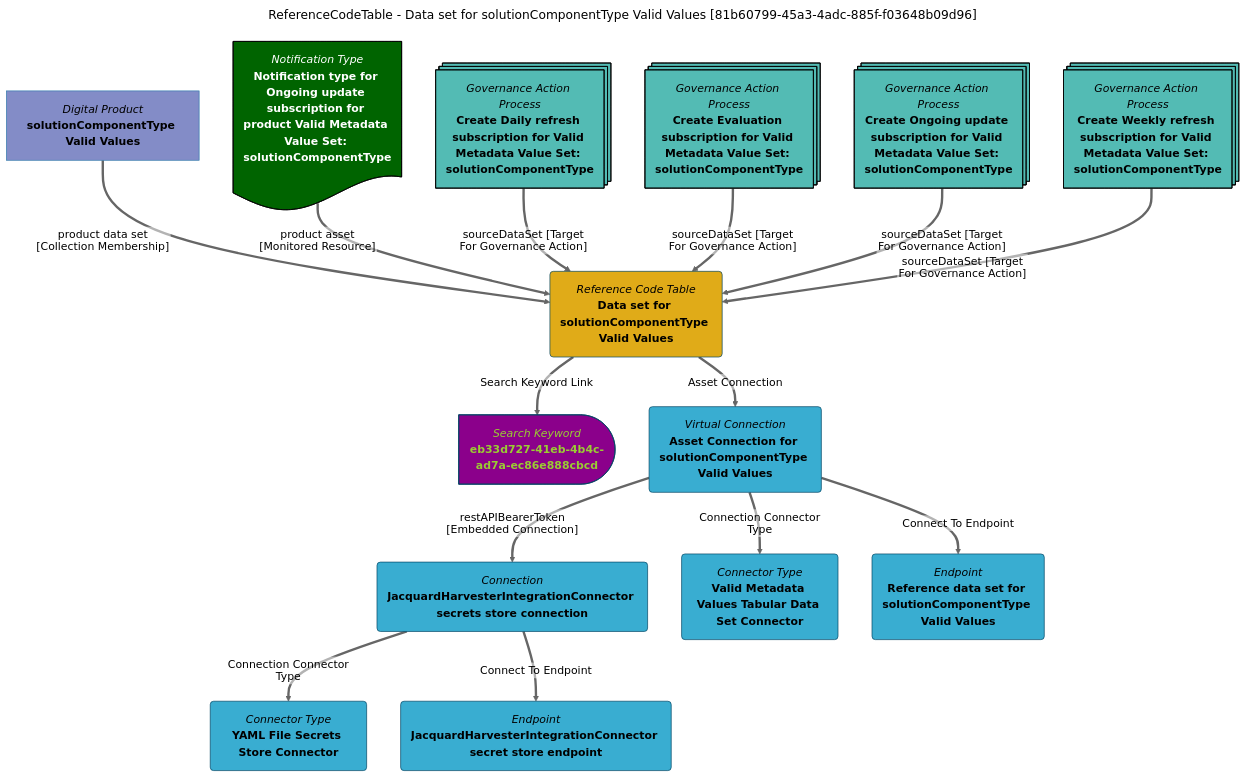
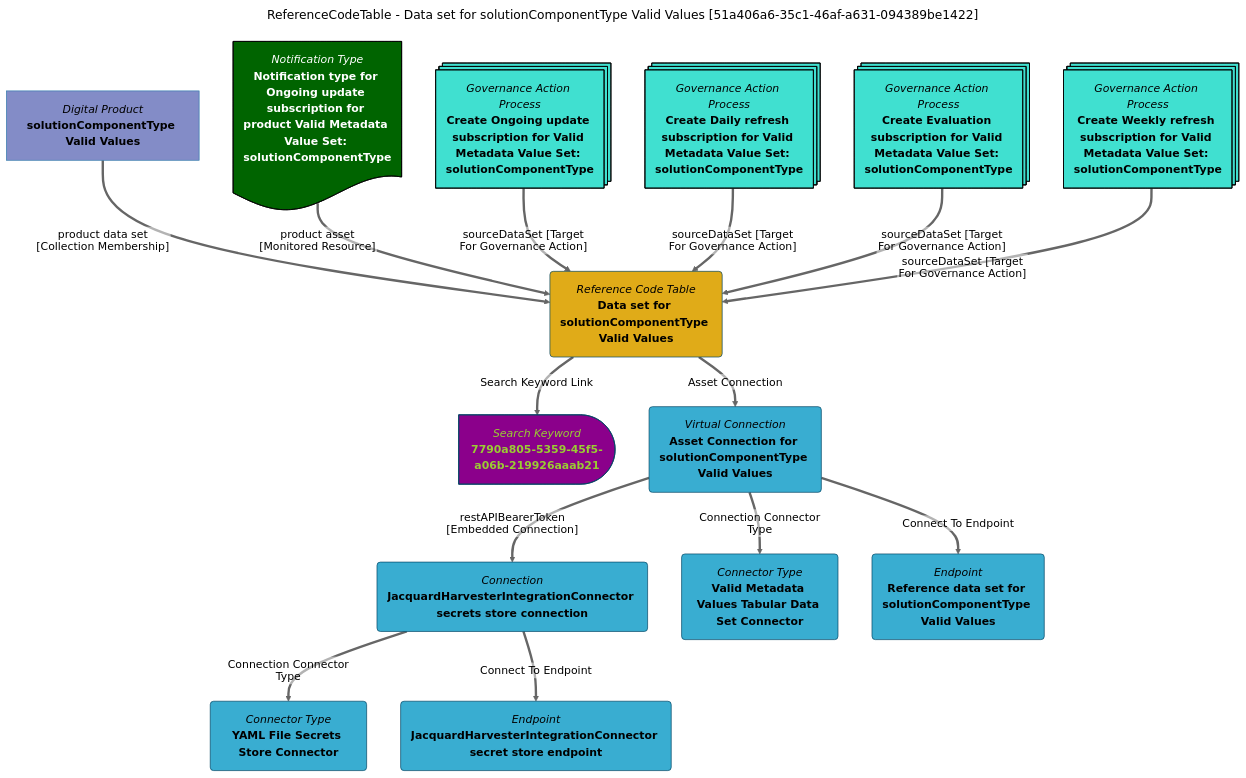
Before and after one commit to odpi/egeria-docs: the diagram in site/snippets/data-assets/data-set-for-solutioncomponenttype-valid-values-mermaid-graph.md, drawn with Mermaid (neutral theme). The commit also changed 2201 other files, not shown here.

````diff
--- a/site/snippets/data-assets/data-set-for-solutioncomponenttype-valid-values-mermaid-graph.md
+++ b/site/snippets/data-assets/data-set-for-solutioncomponenttype-valid-values-mermaid-graph.md
@@ -1,63 +1,63 @@
 ```mermaid
 ---
-title: ReferenceCodeTable - Data set for solutionComponentType Valid Values [81b60799-45a3-4adc-885f-f03648b09d96]
+title: ReferenceCodeTable - Data set for solutionComponentType Valid Values [51a406a6-35c1-46af-a631-094389be1422]
 ---
 flowchart TD
 %%{init: {"flowchart": {"htmlLabels": false}} }%%
 
 1@{ shape: rounded, label: "*Reference Code Table*
 **Data set for solutionComponentType Valid Values**"}
 2@{ shape: delay, label: "*Search Keyword*
-**eb33d727-41eb-4b4c-ad7a-ec86e888cbcd**"}
+**7790a805-5359-45f5-a06b-219926aaab21**"}
 1==>|"Search Keyword Link"|2
 3@{ shape: rect, label: "*Digital Product*
 **solutionComponentType Valid Values**"}
 3==>|"product data set [Collection Membership]"|1
 4@{ shape: rounded, label: "*Virtual Connection*
 **Asset Connection for solutionComponentType Valid Values**"}
 1==>|"Asset Connection"|4
 5@{ shape: rounded, label: "*Connection*
 **JacquardHarvesterIntegrationConnector secrets store connection**"}
 4==>|"restAPIBearerToken [Embedded Connection]"|5
 6@{ shape: rounded, label: "*Connector Type*
 **YAML File Secrets Store Connector**"}
 5==>|"Connection Connector Type"|6
 7@{ shape: rounded, label: "*Endpoint*
 **JacquardHarvesterIntegrationConnector secret store endpoint**"}
 5==>|"Connect To Endpoint"|7
 8@{ shape: rounded, label: "*Connector Type*
 **Valid Metadata Values Tabular Data Set Connector**"}
 4==>|"Connection Connector Type"|8
 9@{ shape: rounded, label: "*Endpoint*
 **Reference data set for solutionComponentType Valid Values**"}
 4==>|"Connect To Endpoint"|9
 10@{ shape: doc, label: "*Notification Type*
 **Notification type for Ongoing update subscription for product Valid Metadata Value Set: solutionComponentType**"}
 10==>|"product asset [Monitored Resource]"|1
 11@{ shape: processes, label: "*Governance Action Process*
-**Create Daily refresh subscription for Valid Metadata Value Set: solutionComponentType**"}
+**Create Ongoing update subscription for Valid Metadata Value Set: solutionComponentType**"}
 11==>|"sourceDataSet [Target For Governance Action]"|1
 12@{ shape: processes, label: "*Governance Action Process*
-**Create Evaluation subscription for Valid Metadata Value Set: solutionComponentType**"}
+**Create Daily refresh subscription for Valid Metadata Value Set: solutionComponentType**"}
 12==>|"sourceDataSet [Target For Governance Action]"|1
 13@{ shape: processes, label: "*Governance Action Process*
-**Create Ongoing update subscription for Valid Metadata Value Set: solutionComponentType**"}
+**Create Evaluation subscription for Valid Metadata Value Set: solutionComponentType**"}
 13==>|"sourceDataSet [Target For Governance Action]"|1
 14@{ shape: processes, label: "*Governance Action Process*
 **Create Weekly refresh subscription for Valid Metadata Value Set: solutionComponentType**"}
 14==>|"sourceDataSet [Target For Governance Action]"|1
-style 11 color:#000000, fill:#53bbb4, stroke:#000000
-style 12 color:#000000, fill:#53bbb4, stroke:#000000
-style 13 color:#000000, fill:#53bbb4, stroke:#000000
-style 14 color:#000000, fill:#53bbb4, stroke:#000000
+style 11 color:#000000, fill:#40E0D0, stroke:#000000
+style 12 color:#000000, fill:#40E0D0, stroke:#000000
+style 13 color:#000000, fill:#40E0D0, stroke:#000000
+style 14 color:#000000, fill:#40E0D0, stroke:#000000
 style 1 color:#000000, fill:#e0ab18, stroke:#004563
-style 2 color:#9acd32, fill:#8b008b, stroke:#004563
+style 2 color:#9ACD32, fill:#8B008B, stroke:#004563
 style 3 color:#000000, fill:#838cc7, stroke:#3079ab
 style 4 color:#000000, fill:#39add1, stroke:#004563
 style 5 color:#000000, fill:#39add1, stroke:#004563
 style 6 color:#000000, fill:#39add1, stroke:#004563
 style 7 color:#000000, fill:#39add1, stroke:#004563
 style 8 color:#000000, fill:#39add1, stroke:#004563
 style 9 color:#000000, fill:#39add1, stroke:#004563
 style 10 color:#FFFFFF, fill:#006400, stroke:#000000
 ```
````
